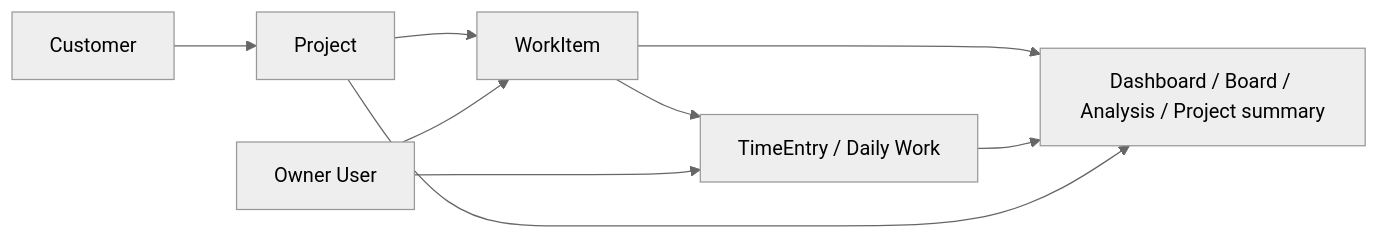
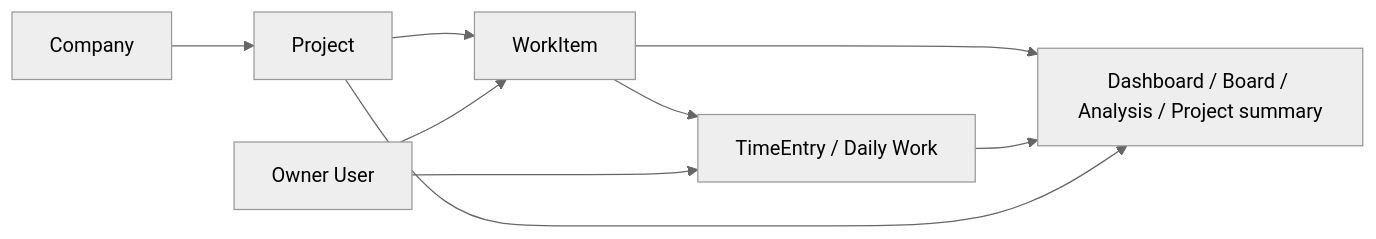
Before and after one commit to wasant-prds/project-management-system: the diagram in document/DATABASE_MAPPING.md, drawn with Mermaid (neutral theme). The commit also changed other lines of this file and 26 other files, not shown here.

````diff
--- a/document/DATABASE_MAPPING.md
+++ b/document/DATABASE_MAPPING.md
@@ -123,11 +123,11 @@
 ```mermaid
 flowchart LR
-  C[Customer] --> P[Project]
+  C[Company] --> P[Project]
   P --> W[WorkItem]
   O[Owner User] --> W
   W --> T[TimeEntry / Daily Work]
   O --> T
   W --> D[Dashboard / Board / Analysis / Project summary]
   T --> D
   P --> D
 ```
````
